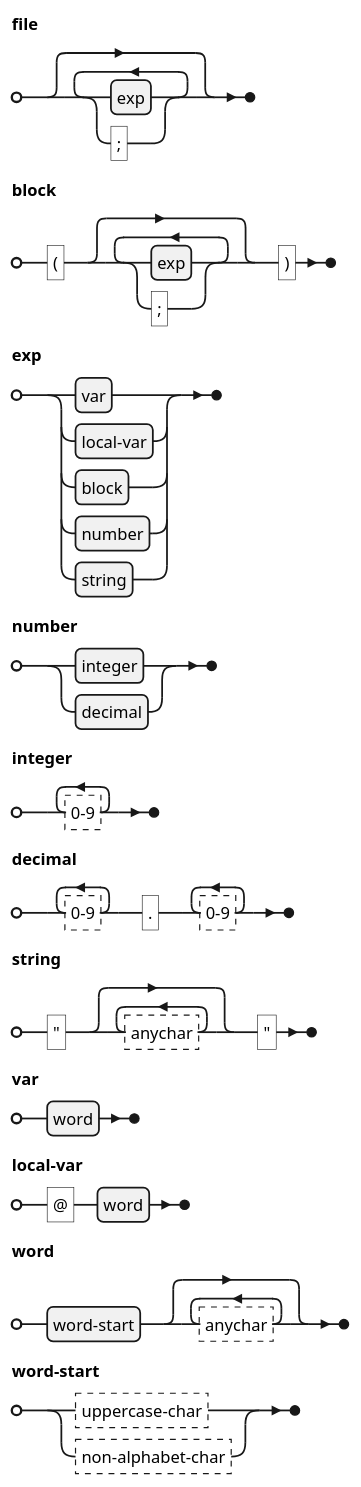
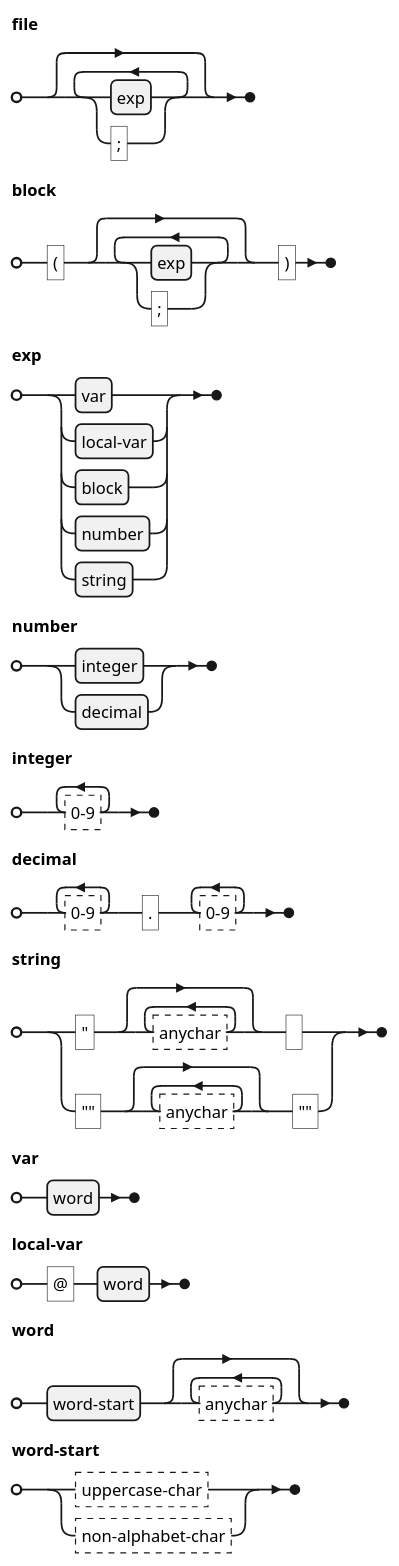
Before and after one commit to Redstoyn33/YappingLang: the diagram in grammar.puml, drawn with PlantUML. The commit also changed 2 other files, not shown here.

```diff
--- a/grammar.puml
+++ b/grammar.puml
@@ -1,22 +1,22 @@
 @startebnf
 
 file = {exp | ";"};
 
 block = "(" , {exp | ";"} , ")";
 
 exp = var | local-var | block | number | string;
 
 number = integer | decimal;
 integer = {?0-9?}-;
 decimal = {?0-9?}- , "." , {?0-9?}-;
 
-string = '"' , {?anychar?} , '"';
+string = '"' , {?anychar?}, " "  | '""' , {?anychar?} , '""';
 
 var = word;
 local-var = "@" , word;
 
 word = word-start , {?anychar?};
 
 word-start = ?uppercase-char? | ?non-alphabet-char?;
 
 @endebnf
```
